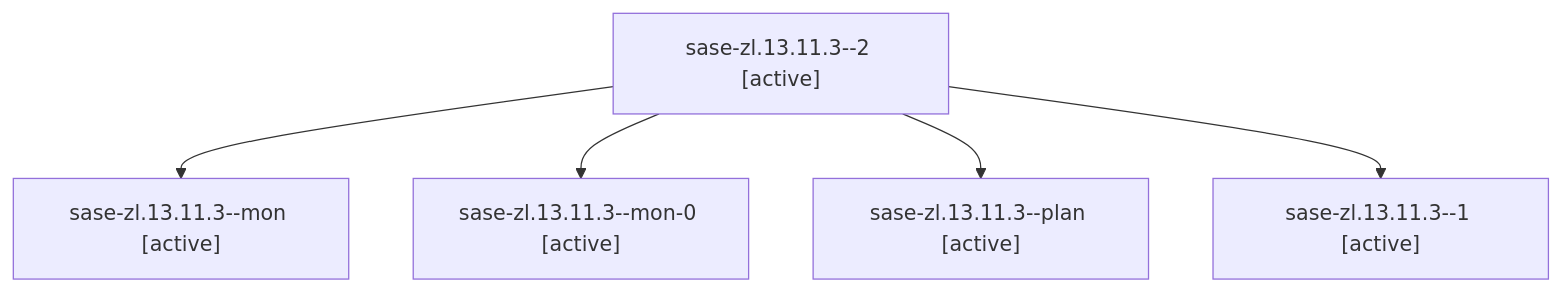
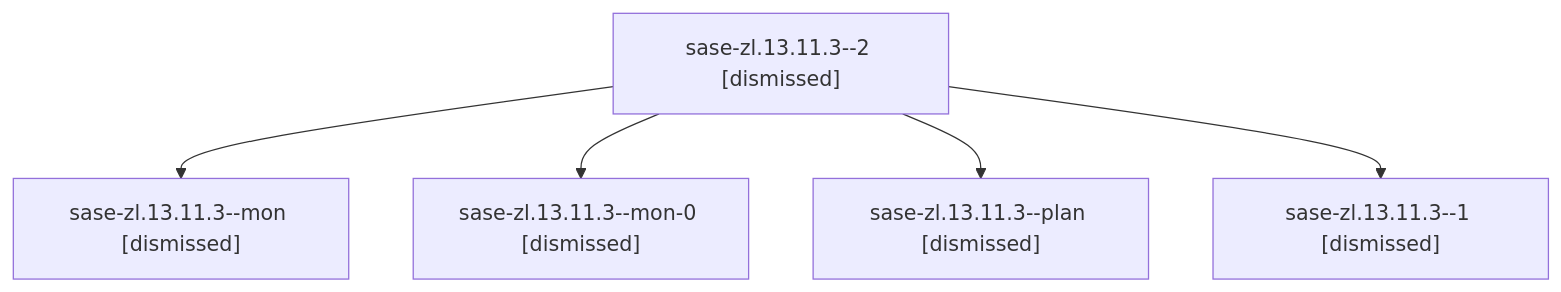
Before and after one commit to sase-org/sase--agents: the diagram in sessions/bbugyi200.athena.sase-zl.13.11.3.md, drawn with Mermaid. The commit also changed other lines of this file and 211 other files, not shown here.

````diff
--- a/sessions/bbugyi200.athena.sase-zl.13.11.3.md
+++ b/sessions/bbugyi200.athena.sase-zl.13.11.3.md
@@ -9,12 +9,12 @@
 ```mermaid
 flowchart TD
-  n0["sase-zl.13.11.3--2 [active]"]
-  n1["sase-zl.13.11.3--mon [active]"]
+  n0["sase-zl.13.11.3--2 [dismissed]"]
+  n1["sase-zl.13.11.3--mon [dismissed]"]
   n0 --> n1
-  n2["sase-zl.13.11.3--mon-0 [active]"]
+  n2["sase-zl.13.11.3--mon-0 [dismissed]"]
   n0 --> n2
-  n3["sase-zl.13.11.3--plan [active]"]
+  n3["sase-zl.13.11.3--plan [dismissed]"]
   n0 --> n3
-  n4["sase-zl.13.11.3--1 [active]"]
+  n4["sase-zl.13.11.3--1 [dismissed]"]
   n0 --> n4
 ```
````
